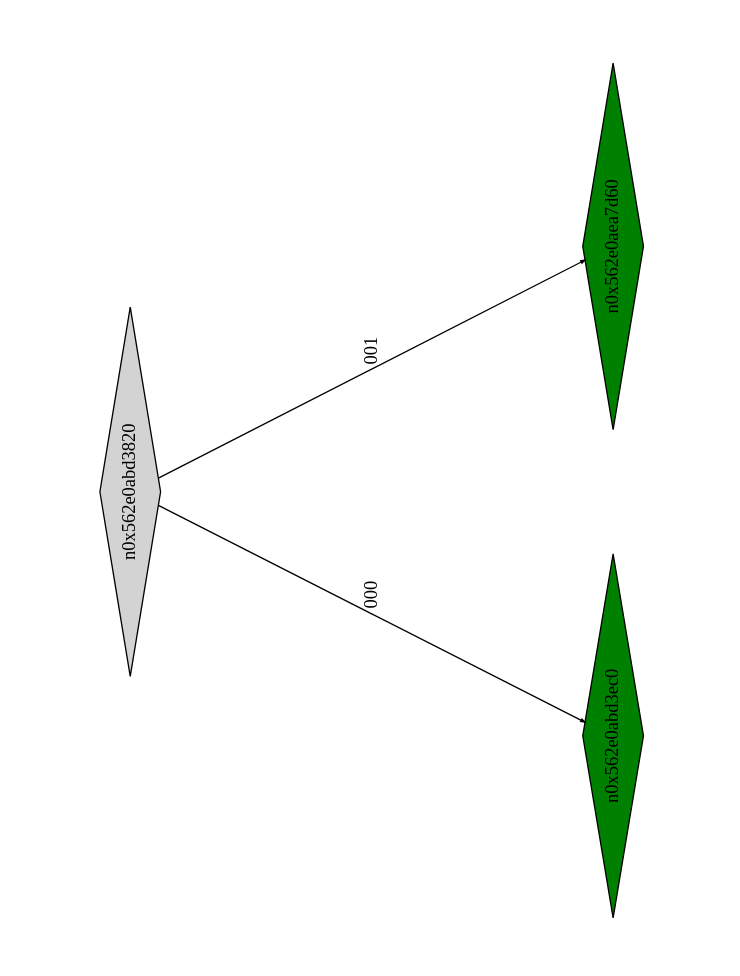
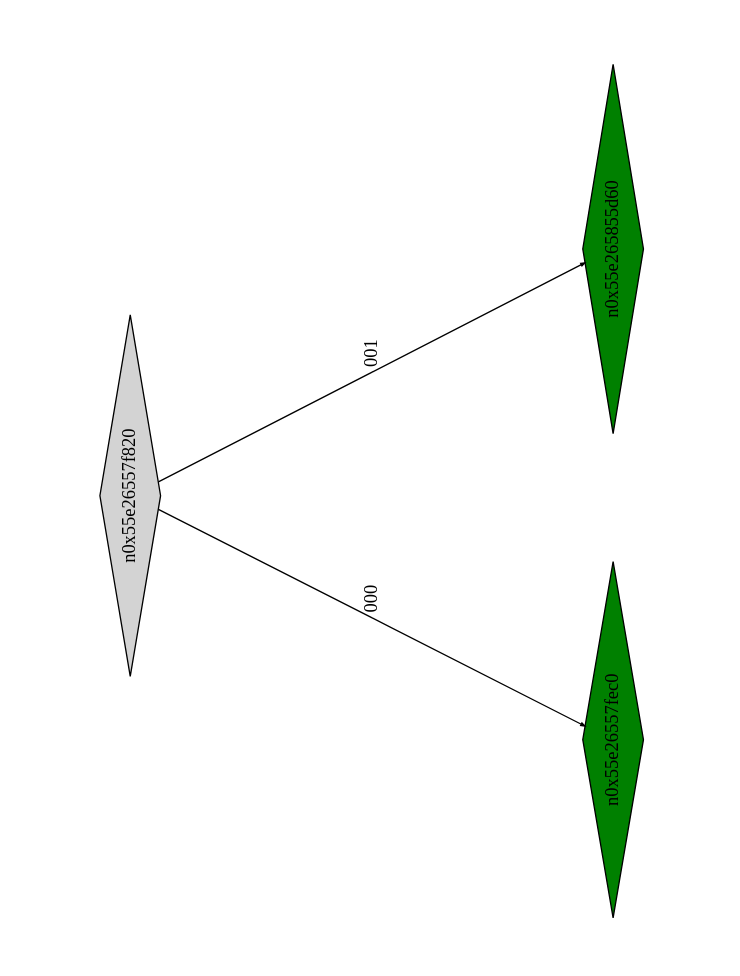
One commit to Research-Tools-PAVT/PSE-Program-Examples changed the diagram in example2_klee_out/ptree_00000102.dot. Above: the diagram before and after it, drawn with Graphviz. The commit also changed 42 other files, not shown here.

```diff
--- a/example2_klee_out/ptree_00000102.dot
+++ b/example2_klee_out/ptree_00000102.dot
@@ -1,13 +1,13 @@
 digraph G {
 	size="10,7.5";
 	ratio=fill;
 	rotate=90;
 	center = "true";
 	node [style="filled",width=.1,height=.1,fontname="Terminus"]
 	edge [arrowsize=.3]
-	n0x562e0abd3820 [shape=diamond];
-	n0x562e0abd3820 -> n0x562e0abd3ec0 [label=000];
-	n0x562e0abd3820 -> n0x562e0aea7d60 [label=001];
-	n0x562e0aea7d60 [shape=diamond,fillcolor=green];
-	n0x562e0abd3ec0 [shape=diamond,fillcolor=green];
+	n0x55e26557f820 [shape=diamond];
+	n0x55e26557f820 -> n0x55e26557fec0 [label=000];
+	n0x55e26557f820 -> n0x55e265855d60 [label=001];
+	n0x55e265855d60 [shape=diamond,fillcolor=green];
+	n0x55e26557fec0 [shape=diamond,fillcolor=green];
 }
```
